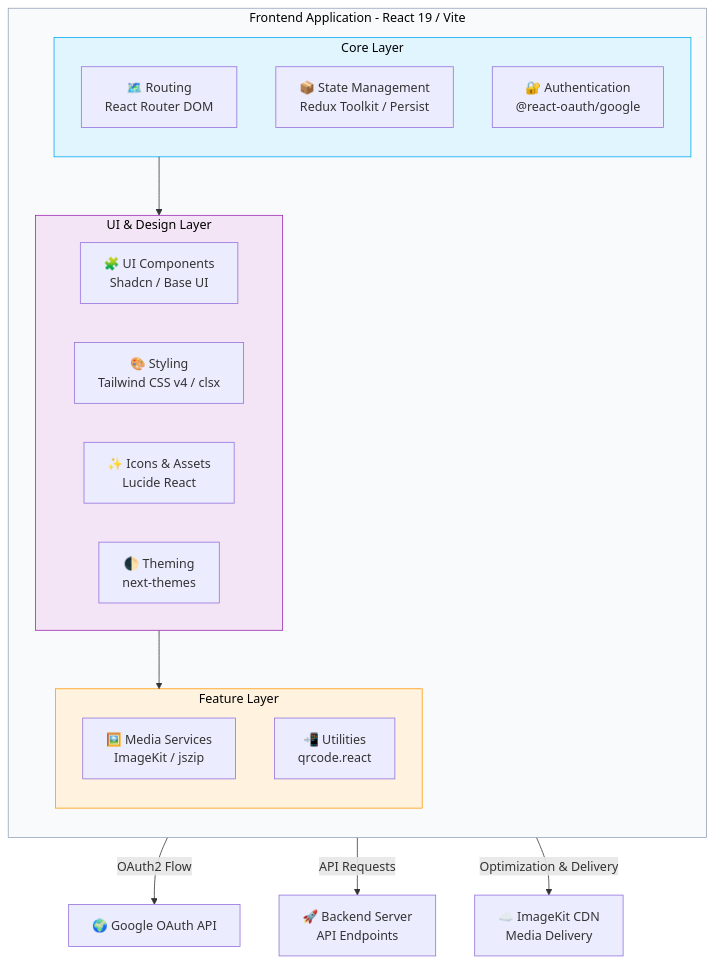
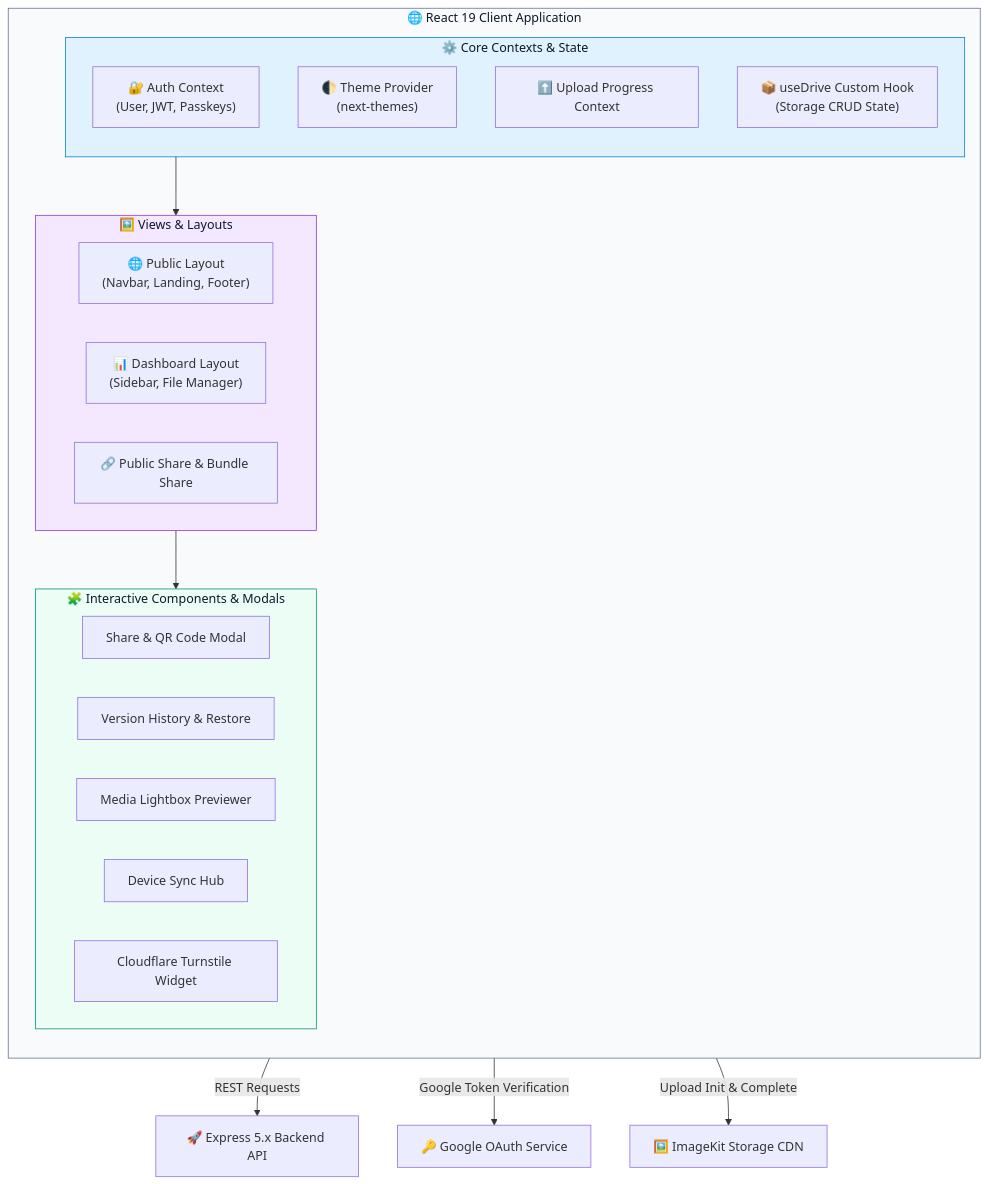
One commit to ayanmanna123/Cloud-based-Media-Files-Storage-Frontend changed the diagram in README.md. Above: the diagram before and after it, drawn with Mermaid. The commit also changed other lines of this file, not shown here.

Commit message:
docs: update README with overhauled tech stack, security features, and project architecture details

````diff
--- a/README.md
+++ b/README.md
@@ -121,40 +119,43 @@
 ```mermaid
 graph TB
-    subgraph FrontendApp [Frontend Application - React 19 / Vite]
+    subgraph ClientApp ["🌐 React 19 Client Application"]
         direction TB
 
-        subgraph CoreLayer [Core Layer]
-            Nav["🗺️ Routing <br/> React Router DOM"]
-            State["📦 State Management <br/> Redux Toolkit / Persist"]
-            Auth["🔐 Authentication <br/> @react-oauth/google"]
+        subgraph CoreProviders ["⚙️ Core Contexts & State"]
+            AuthCtx["🔐 Auth Context <br/> (User, JWT, Passkeys)"]
+            ThemeCtx["🌓 Theme Provider <br/> (next-themes)"]
+            ProgressCtx["⬆️ Upload Progress Context"]
+            DriveHook["📦 useDrive Custom Hook <br/> (Storage CRUD State)"]
         end
 
-        subgraph UIDesignLayer [UI & Design Layer]
-            Components["🧩 UI Components <br/> Shadcn / Base UI"]
-            Styling["🎨 Styling <br/> Tailwind CSS v4 / clsx"]
-            Icons["✨ Icons & Assets <br/> Lucide React"]
-            Themes["🌓 Theming <br/> next-themes"]
+        subgraph UIViews ["🖼️ Views & Layouts"]
+            PublicLayout["🌐 Public Layout <br/> (Navbar, Landing, Footer)"]
+            DashLayout["📊 Dashboard Layout <br/> (Sidebar, File Manager)"]
+            PublicShareView["🔗 Public Share & Bundle Share"]
         end
 
-        subgraph FeatureLayer [Feature Layer]
-            Media["🖼️ Media Services <br/> ImageKit / jszip"]
-            QR["📲 Utilities <br/> qrcode.react"]
+        subgraph ModalsComponents ["🧩 Interactive Components & Modals"]
+            ShareModal["Share & QR Code Modal"]
+            VersionModal["Version History & Restore"]
+            Lightbox["Media Lightbox Previewer"]
+            SyncHub["Device Sync Hub"]
+            TurnstileWidget["Cloudflare Turnstile Widget"]
         end
 
-        CoreLayer --> UIDesignLayer
-        UIDesignLayer --> FeatureLayer
+        CoreProviders --> UIViews
+        UIViews --> ModalsComponents
     end
 
-    Backend["🚀 Backend Server <br/> API Endpoints"]
-    Google["🌍 Google OAuth API"]
-    CDN["☁️ ImageKit CDN <br/> Media Delivery"]
+    BackendAPI["🚀 Express 5.x Backend API"]
+    GoogleAuth["🔑 Google OAuth Service"]
+    ImageKitCDN["🖼️ ImageKit Storage CDN"]
 
-    Auth -->|OAuth2 Flow| Google
-    State -->|API Requests| Backend
-    Media -->|Optimization & Delivery| CDN
+    AuthCtx -->|REST Requests| BackendAPI
+    AuthCtx -->|Google Token Verification| GoogleAuth
+    DriveHook -->|Upload Init & Complete| ImageKitCDN
 
-    style FrontendApp fill:#f8fafc,stroke:#94a3b8,color:#000
-    style CoreLayer fill:#e1f5fe,stroke:#03a9f4,color:#000
-    style UIDesignLayer fill:#f3e5f5,stroke:#9c27b0,color:#000
-    style FeatureLayer fill:#fff3e0,stroke:#ff9800,color:#000
+    style ClientApp fill:#f8fafc,stroke:#64748b,color:#0f172a
+    style CoreProviders fill:#e0f2fe,stroke:#0284c7,color:#0f172a
+    style UIViews fill:#f3e8ff,stroke:#9333ea,color:#0f172a
+    style ModalsComponents fill:#ecfdf5,stroke:#059669,color:#0f172a
 ```
````
